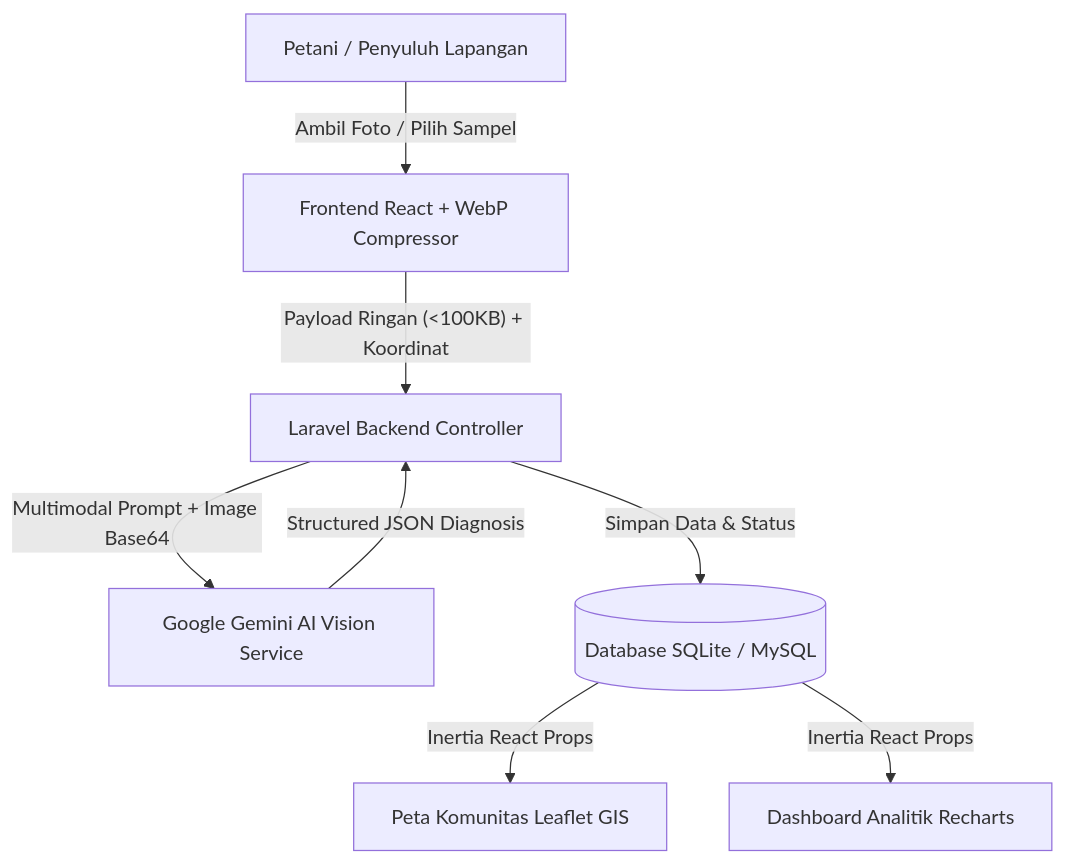
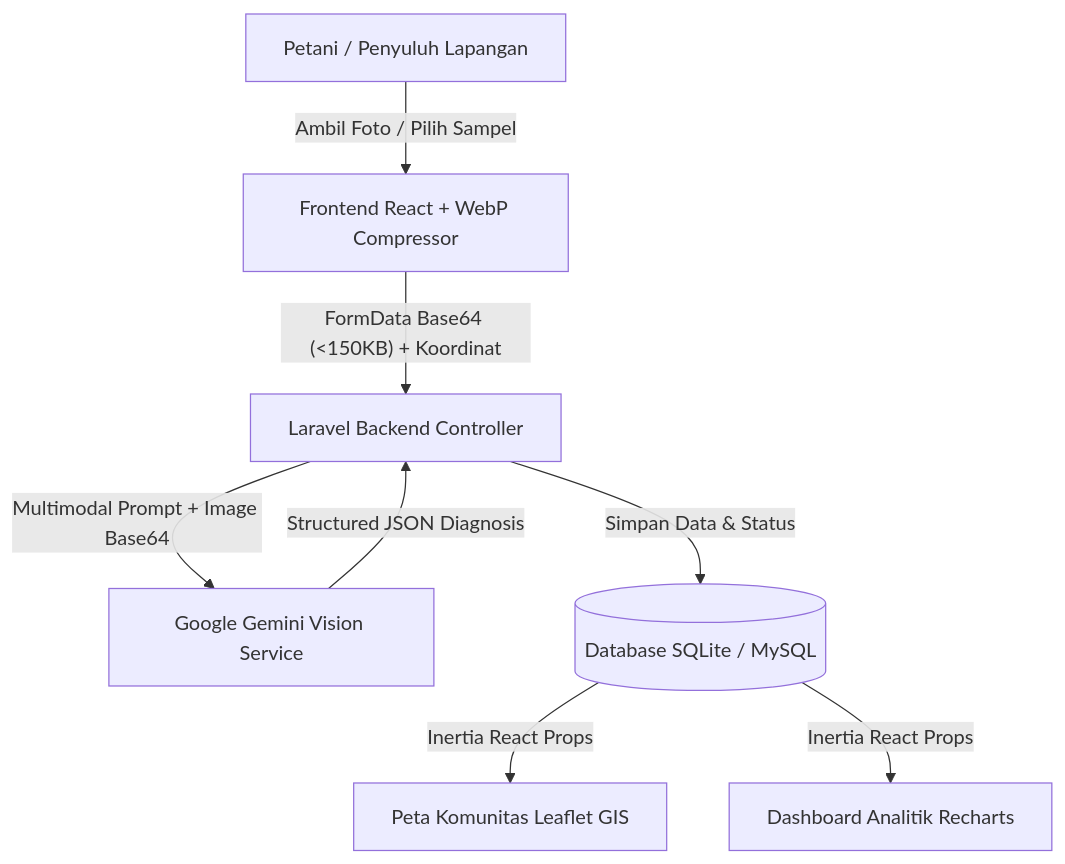
The diagram in README.md (mrd4n108/tani-arang), drawn with Mermaid before and after one commit. The commit also changed other lines of this file, not shown here.

````diff
--- a/README.md
+++ b/README.md
@@ -79,10 +85,10 @@
 ```mermaid
 flowchart TD
     A["Petani / Penyuluh Lapangan"] -->|"Ambil Foto / Pilih Sampel"| B["Frontend React + WebP Compressor"]
-    B -->|"Payload Ringan (<100KB) + Koordinat"| C["Laravel Backend Controller"]
-    C -->|"Multimodal Prompt + Image Base64"| D["Google Gemini AI Vision Service"]
+    B -->|"FormData Base64 (<150KB) + Koordinat"| C["Laravel Backend Controller"]
+    C -->|"Multimodal Prompt + Image Base64"| D["Google Gemini Vision Service"]
     D -->|"Structured JSON Diagnosis"| C
     C -->|"Simpan Data & Status"| E[("Database SQLite / MySQL")]
     E -->|"Inertia React Props"| F["Peta Komunitas Leaflet GIS"]
     E -->|"Inertia React Props"| G["Dashboard Analitik Recharts"]
 ```
````
